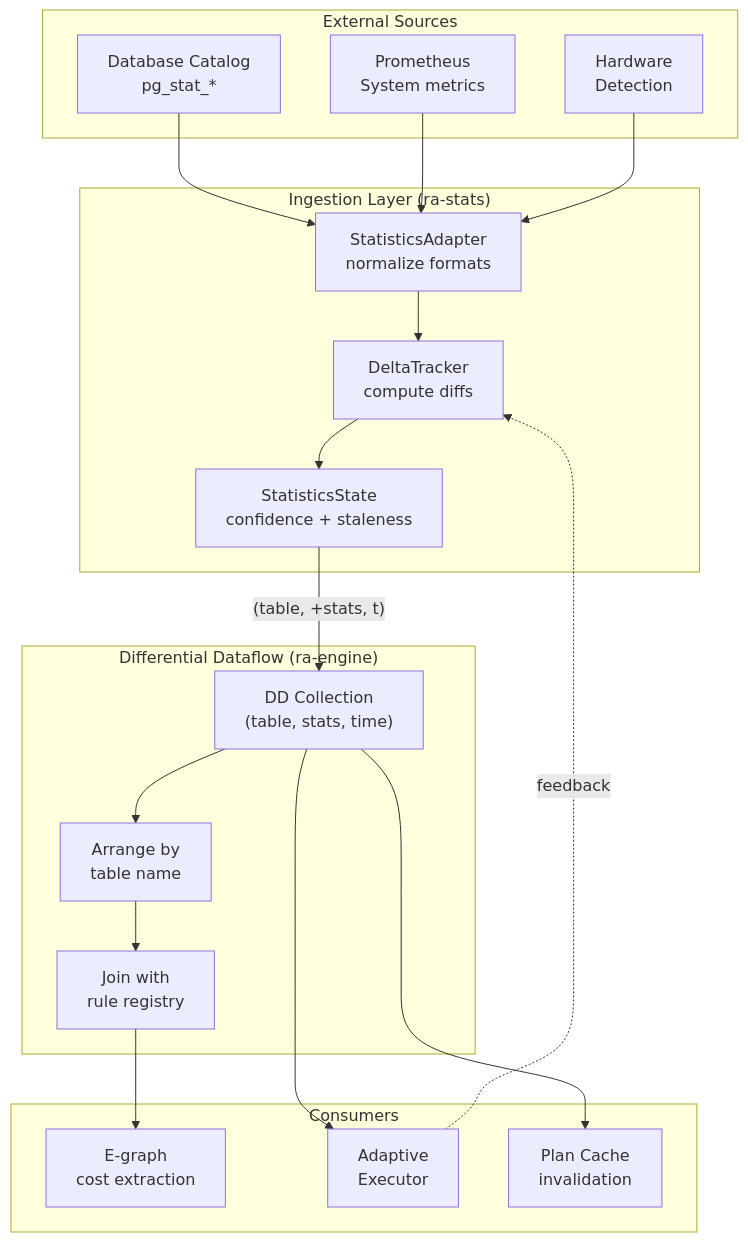
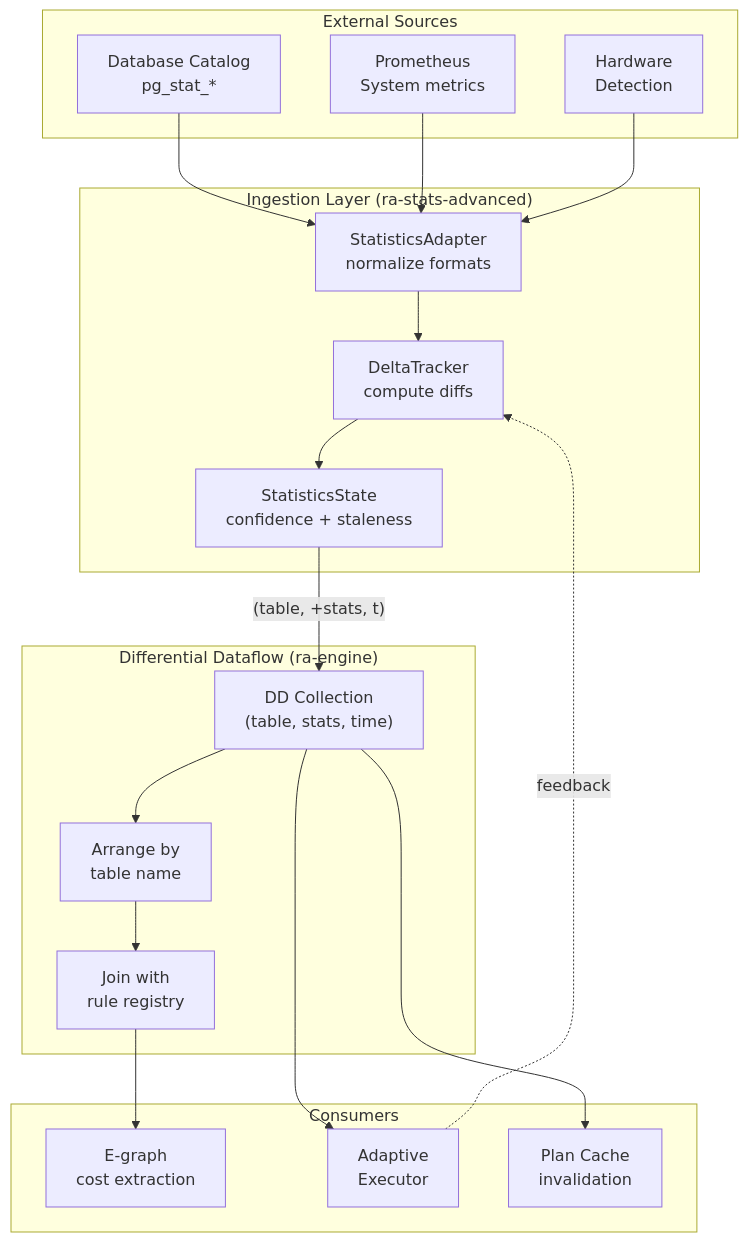
The sixth of 8 diagrams in docs/architecture.md (gburd/ra), drawn with Mermaid before and after one commit. The commit also changed other lines of this file and 49 other files, not shown here.

First line of the commit message:
update documentation for layered architecture reorganization

````diff
--- a/docs/architecture.md
+++ b/docs/architecture.md
@@ -503,39 +460,39 @@
 ```mermaid
 flowchart TD
     subgraph Sources["External Sources"]
         DB["Database Catalog<br/>pg_stat_*"]
         PROM["Prometheus<br/>System metrics"]
         HW["Hardware<br/>Detection"]
     end
 
-    subgraph Ingestion["Ingestion Layer (ra-stats)"]
+    subgraph Ingestion["Ingestion Layer (ra-stats-advanced)"]
         ADAPT["StatisticsAdapter<br/>normalize formats"]
         DELTA["DeltaTracker<br/>compute diffs"]
         QUALITY["StatisticsState<br/>confidence + staleness"]
     end
 
     subgraph DD["Differential Dataflow (ra-engine)"]
         COLL["DD Collection<br/>(table, stats, time)"]
         ARRANGE["Arrange by<br/>table name"]
         JOIN["Join with<br/>rule registry"]
     end
 
     subgraph Consumers["Consumers"]
         EGRAPH["E-graph<br/>cost extraction"]
         ADAPTIVE["Adaptive<br/>Executor"]
         CACHE["Plan Cache<br/>invalidation"]
     end
 
     DB --> ADAPT
     PROM --> ADAPT
     HW --> ADAPT
     ADAPT --> DELTA
     DELTA --> QUALITY
     QUALITY -->|"(table, +stats, t)"| COLL
     COLL --> ARRANGE
     ARRANGE --> JOIN
     JOIN --> EGRAPH
     COLL --> ADAPTIVE
     COLL --> CACHE
     ADAPTIVE -.->|"feedback"| DELTA
 ```
````
